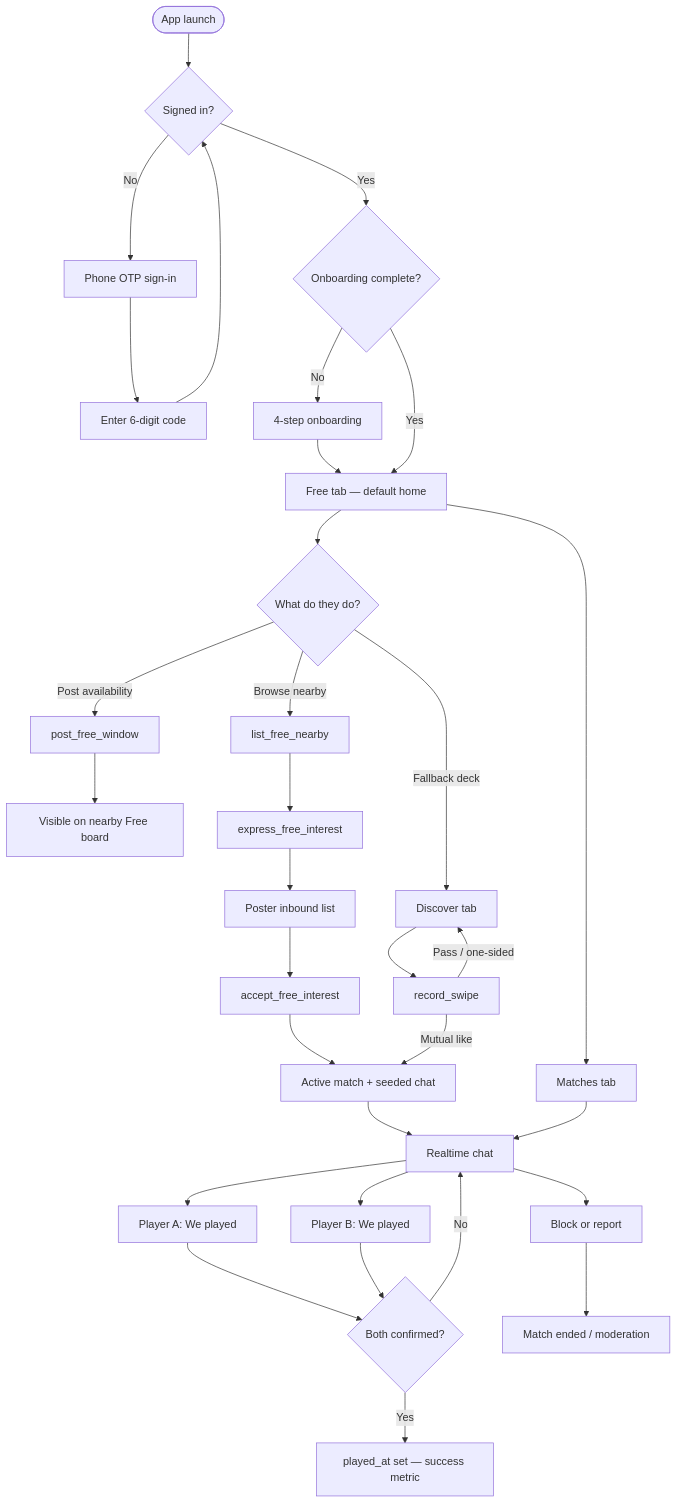
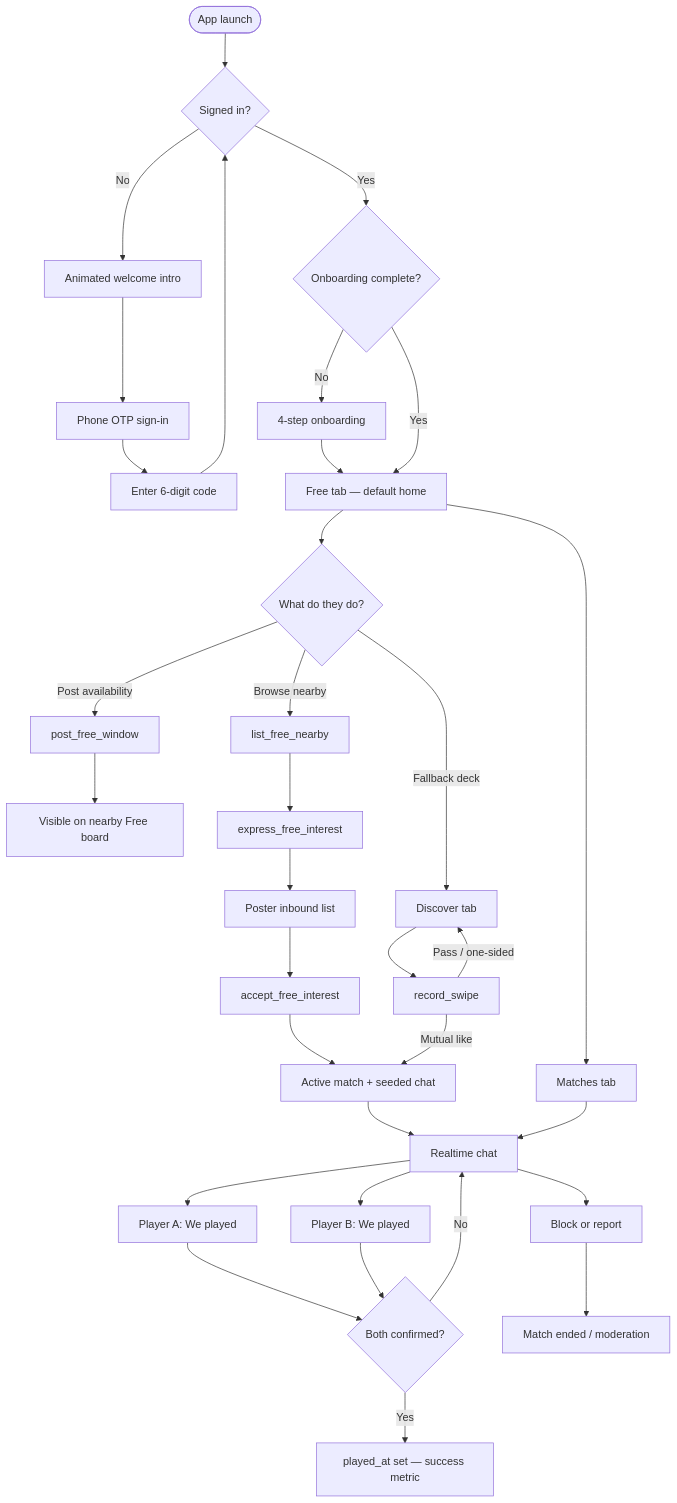
One commit to liktenherre/Tennis-matchmaking changed the diagram in docs/explanation-user-journey.md. Above: the diagram before and after it, drawn with Mermaid. The commit also changed 14 other files, not shown here.

First line of the commit message:
Add animated tennis welcome screen before login (#1)

````diff
--- a/docs/explanation-user-journey.md
+++ b/docs/explanation-user-journey.md
@@ -17,41 +17,42 @@
 ```mermaid
 flowchart TD
   Start([App launch]) --> Auth{Signed in?}
-  Auth -->|No| SignIn[Phone OTP sign-in]
+  Auth -->|No| Welcome[Animated welcome intro]
+  Welcome --> SignIn[Phone OTP sign-in]
   SignIn --> Verify[Enter 6-digit code]
   Verify --> Auth
   Auth -->|Yes| Onboarded{Onboarding complete?}
   Onboarded -->|No| Onboarding[4-step onboarding]
   Onboarding --> FreeHome[Free tab — default home]
   Onboarded -->|Yes| FreeHome
 
   FreeHome --> Role{What do they do?}
 
   Role -->|Post availability| Post[post_free_window]
   Post --> Board[Visible on nearby Free board]
 
   Role -->|Browse nearby| List[list_free_nearby]
   List --> Interested[express_free_interest]
   Interested --> PosterSees[Poster inbound list]
 
   PosterSees --> Accept[accept_free_interest]
   Accept --> MatchCreated[Active match + seeded chat]
   MatchCreated --> Chat[Realtime chat]
   Chat --> Confirm1[Player A: We played]
   Chat --> Confirm2[Player B: We played]
   Confirm1 --> Both{Both confirmed?}
   Confirm2 --> Both
   Both -->|Yes| Played[played_at set — success metric]
   Both -->|No| Chat
 
   Role -->|Fallback deck| Discover[Discover tab]
   Discover --> Swipe[record_swipe]
   Swipe -->|Mutual like| MatchCreated
   Swipe -->|Pass / one-sided| Discover
 
   Chat --> Safety[Block or report]
   Safety --> EndMatch[Match ended / moderation]
 
   FreeHome --> MatchesTab[Matches tab]
   MatchesTab --> Chat
 ```
````
